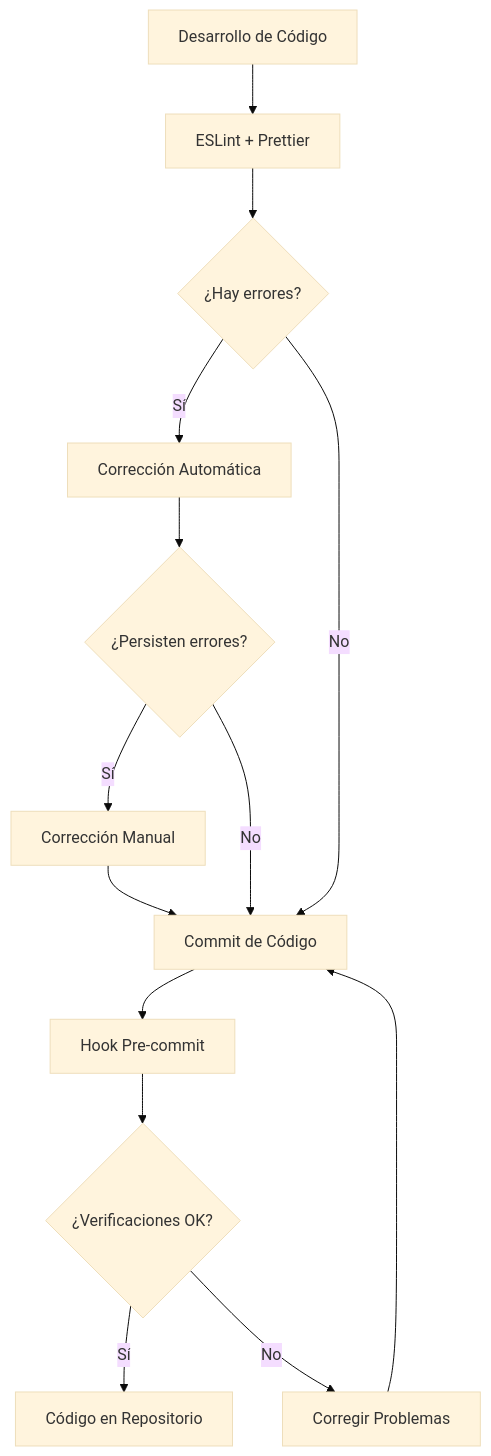
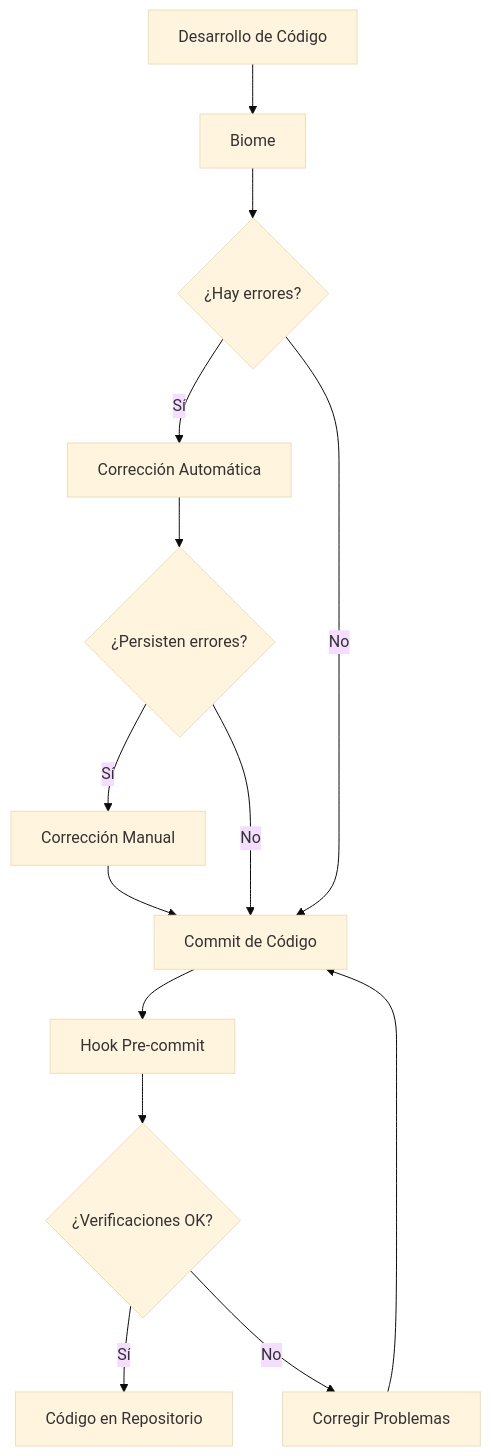
Before and after one commit to gvastethecreator/media-manager: the diagram in docs/quality-code.md, drawn with Mermaid (base theme). The commit also changed other lines of this file and 12 other files, not shown here.

````diff
--- a/docs/quality-code.md
+++ b/docs/quality-code.md
@@ -81,16 +41,16 @@
 ```mermaid
 graph TD
-    A[Desarrollo de Código] --> B[ESLint + Prettier]
+    A[Desarrollo de Código] --> B[Biome]
     B --> C{¿Hay errores?}
     C -->|Sí| D[Corrección Automática]
     D --> E{¿Persisten errores?}
     E -->|Sí| F[Corrección Manual]
     E -->|No| G[Commit de Código]
     C -->|No| G
     F --> G
     G --> H[Hook Pre-commit]
     H --> I{¿Verificaciones OK?}
     I -->|Sí| J[Código en Repositorio]
     I -->|No| K[Corregir Problemas]
     K --> G
 ```
````
